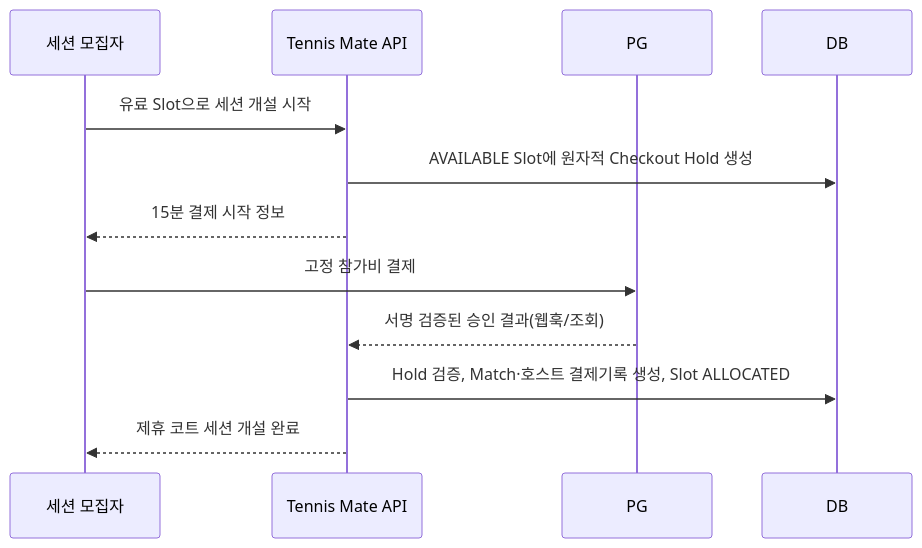
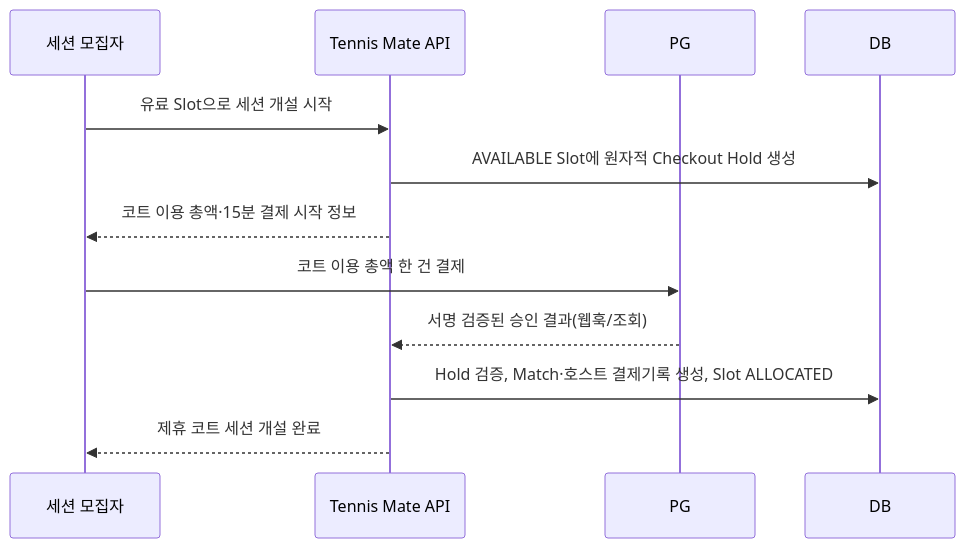
One commit to jsl0319/tennis-mate changed the first of 2 diagrams in docs/07-court-commerce-design.md. Above: the diagram before and after it, drawn with Mermaid. The commit also changed other lines of this file and 10 other files, not shown here.

````diff
--- a/docs/07-court-commerce-design.md
+++ b/docs/07-court-commerce-design.md
@@ -106,15 +123,15 @@
 ```mermaid
 sequenceDiagram
     participant H as 세션 모집자
     participant A as Tennis Mate API
     participant P as PG
     participant DB as DB
 
     H->>A: 유료 Slot으로 세션 개설 시작
     A->>DB: AVAILABLE Slot에 원자적 Checkout Hold 생성
-    A-->>H: 15분 결제 시작 정보
-    H->>P: 고정 참가비 결제
+    A-->>H: 코트 이용 총액·15분 결제 시작 정보
+    H->>P: 코트 이용 총액 한 건 결제
     P-->>A: 서명 검증된 승인 결과(웹훅/조회)
     A->>DB: Hold 검증, Match·호스트 결제기록 생성, Slot ALLOCATED
     A-->>H: 제휴 코트 세션 개설 완료
 ```
````
